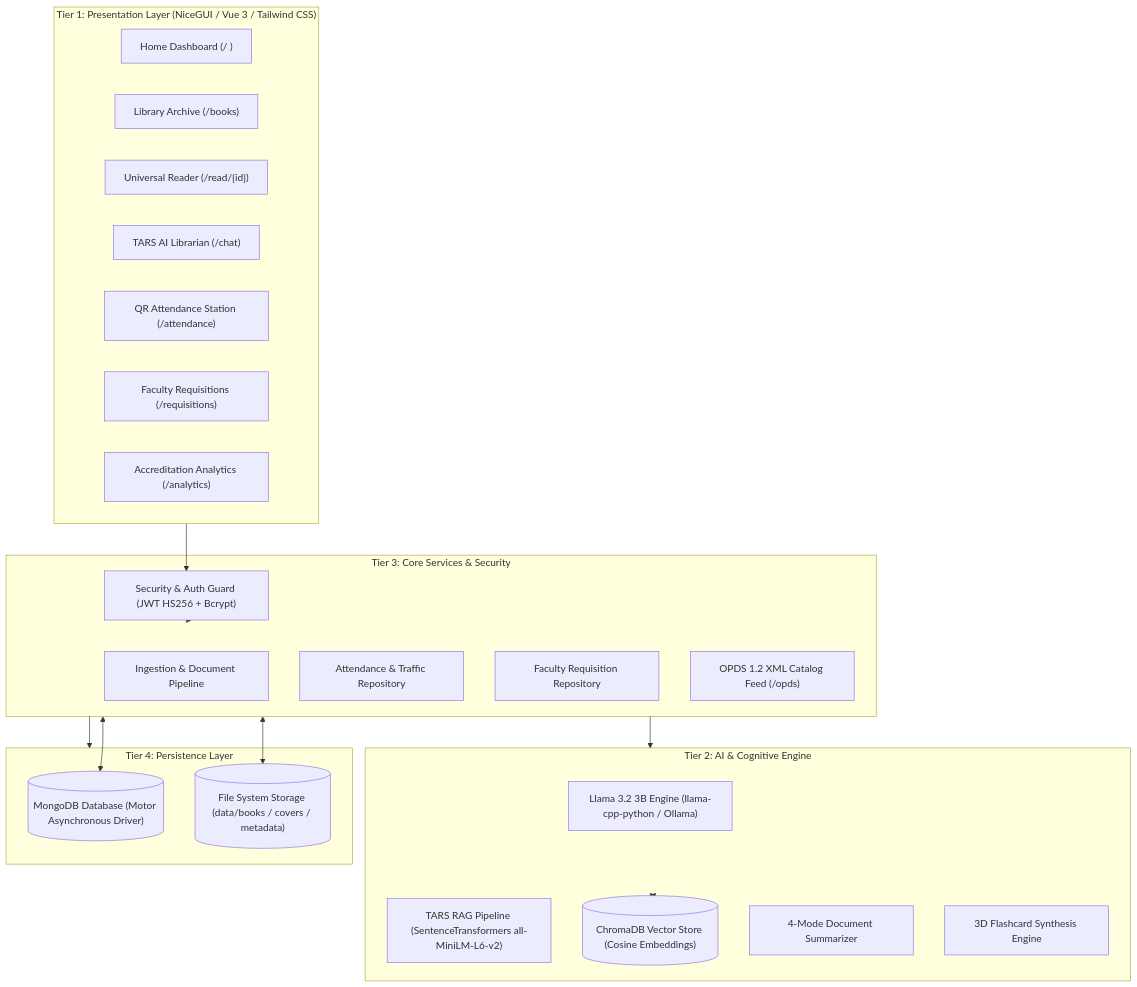
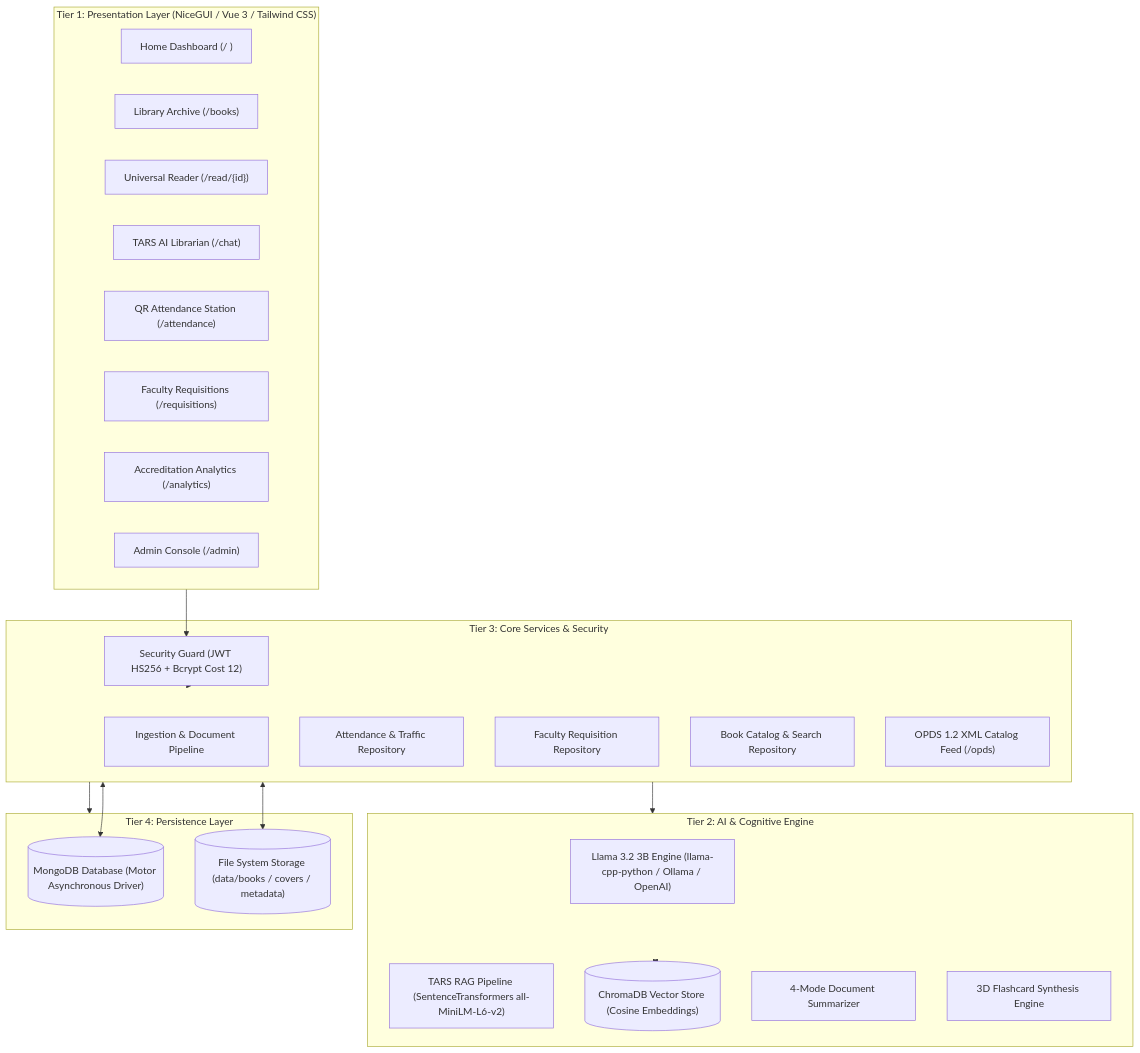
One commit to K1ezy/Kieser-s-Libre-Library changed the diagram in README.md. Above: the diagram before and after it, drawn with Mermaid. The commit also changed other lines of this file, not shown here.

Commit message:
docs(readme): enrich comprehensive academic SRS Ch. 1 & 2 traceability, 4-tier RAD architecture, performance benchmarks, and evaluation scorecard

````diff
--- a/README.md
+++ b/README.md
@@ -57,41 +75,43 @@
 ```mermaid
 graph TD
     subgraph Presentation["Tier 1: Presentation Layer (NiceGUI / Vue 3 / Tailwind CSS)"]
         UI_Home["Home Dashboard (/ )"]
         UI_Library["Library Archive (/books)"]
         UI_Reader["Universal Reader (/read/{id})"]
         UI_Chat["TARS AI Librarian (/chat)"]
         UI_Attendance["QR Attendance Station (/attendance)"]
         UI_Requisitions["Faculty Requisitions (/requisitions)"]
         UI_Analytics["Accreditation Analytics (/analytics)"]
+        UI_Admin["Admin Console (/admin)"]
     end
 
     subgraph Intelligence["Tier 2: AI & Cognitive Engine"]
-        LLM["Llama 3.2 3B Engine (llama-cpp-python / Ollama)"]
+        LLM["Llama 3.2 3B Engine (llama-cpp-python / Ollama / OpenAI)"]
         RAG["TARS RAG Pipeline (SentenceTransformers all-MiniLM-L6-v2)"]
         VectorDB[("ChromaDB Vector Store (Cosine Embeddings)")]
         Summarizer["4-Mode Document Summarizer"]
         Flashcards["3D Flashcard Synthesis Engine"]
     end
 
     subgraph Business["Tier 3: Core Services & Security"]
-        AuthService["Security & Auth Guard (JWT HS256 + Bcrypt)"]
+        AuthService["Security Guard (JWT HS256 + Bcrypt Cost 12)"]
         IngestService["Ingestion & Document Pipeline"]
         AttendanceRepo["Attendance & Traffic Repository"]
         RequisitionRepo["Faculty Requisition Repository"]
+        BookRepo["Book Catalog & Search Repository"]
         OPDSRouter["OPDS 1.2 XML Catalog Feed (/opds)"]
     end
 
     subgraph Persistence["Tier 4: Persistence Layer"]
         MongoDB[("MongoDB Database (Motor Asynchronous Driver)")]
         DocStore[("File System Storage (data/books / covers / metadata)")]
     end
 
     Presentation --> AuthService
     AuthService --> Business
     Business --> Intelligence
     Business --> Persistence
     Intelligence <--> VectorDB
     Business <--> MongoDB
     Business <--> DocStore
 ```
````
